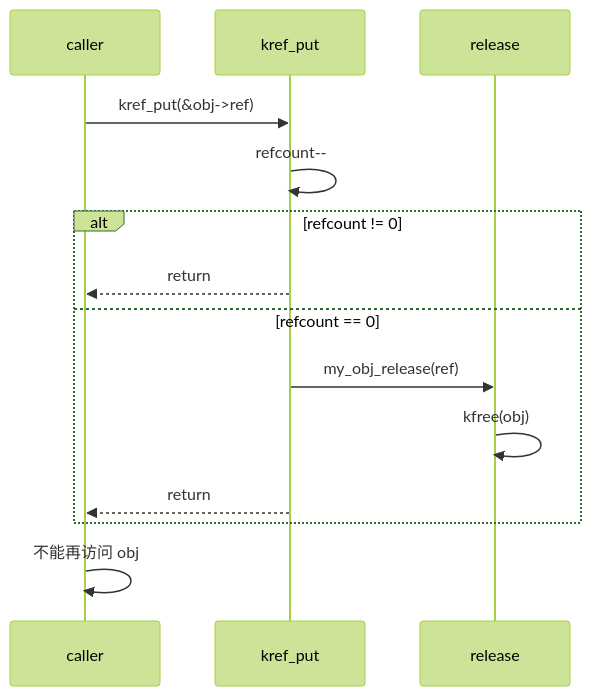
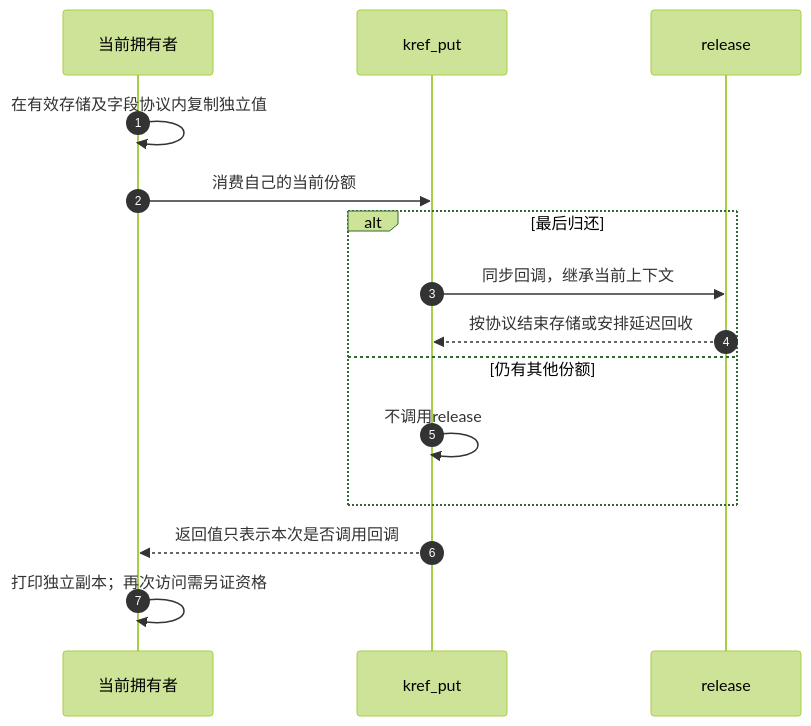
One commit to FormingSystem/linux_note changed the second of 16 diagrams in knowledge/linux/object_lifetime/kref/P15_最终验收标准.md. Above: the diagram before and after it, drawn with Mermaid (forest theme). The commit also changed other lines of this file and 10 other files, not shown here.

````diff
--- a/knowledge/linux/object_lifetime/kref/P15_最终验收标准.md
+++ b/knowledge/linux/object_lifetime/kref/P15_最终验收标准.md
@@ -515,17 +101,17 @@
 ```mermaid
 sequenceDiagram
-    participant Caller as caller
-    participant Kref as kref_put
-    participant Release as release
-
-    Caller->>Kref: kref_put(&obj->ref)
-    Kref->>Kref: refcount--
-    alt refcount != 0
-        Kref-->>Caller: return
-    else refcount == 0
-        Kref->>Release: my_obj_release(ref)
-        Release->>Release: kfree(obj)
-        Kref-->>Caller: return
+    autonumber
+    participant C as 当前拥有者
+    participant K as kref_put
+    participant R as release
+    C->>C: 在有效存储及字段协议内复制独立值
+    C->>K: 消费自己的当前份额
+    alt 最后归还
+        K->>R: 同步回调，继承当前上下文
+        R-->>K: 按协议结束存储或安排延迟回收
+    else 仍有其他份额
+        K->>K: 不调用release
     end
-    Caller->>Caller: 不能再访问 obj
+    K-->>C: 返回值只表示本次是否调用回调
+    C->>C: 打印独立副本；再次访问需另证资格
 ```
````
